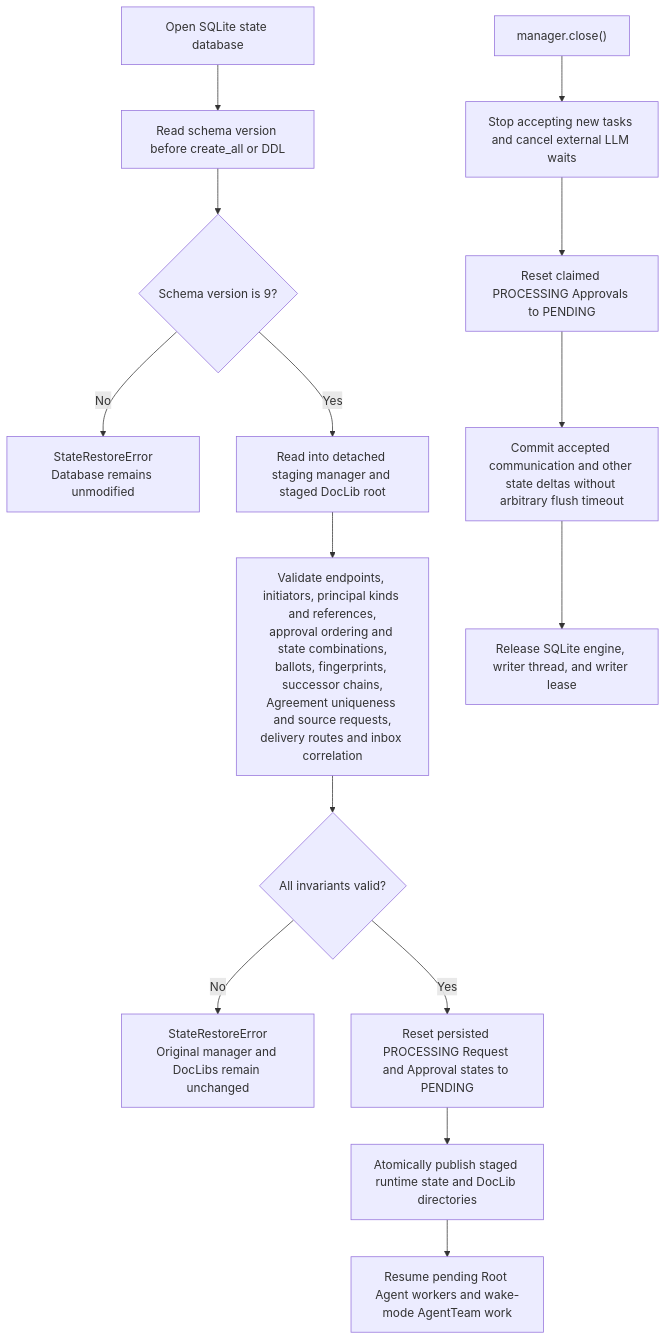
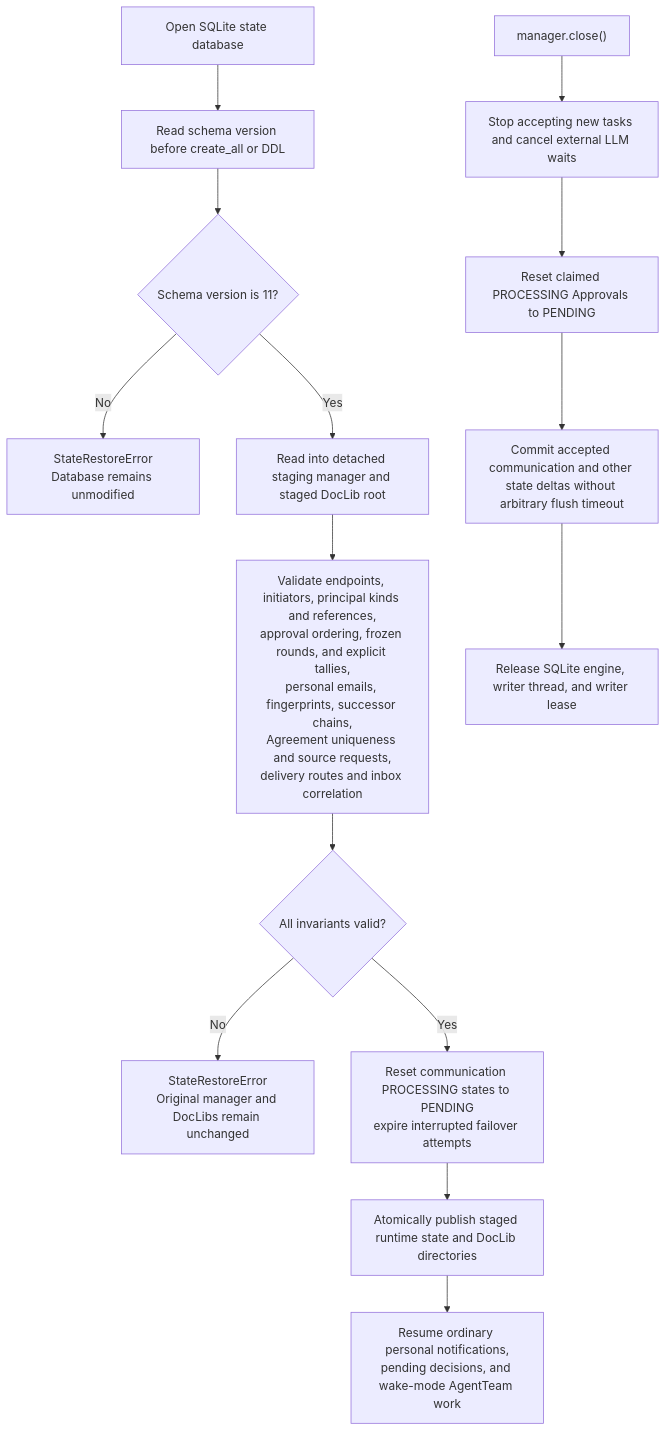
One commit to AI-Team-Team/AI-Team-Team changed diagram 13 of 13 in docs/flowcharts/Autonomous_Communication_Governance.md. Above: the diagram before and after it, drawn with Mermaid. The commit also changed other lines of this file and 82 other files, not shown here.

First line of the commit message:
feat(governance): route ballots through personal agent inboxes

````diff
--- a/docs/flowcharts/Autonomous_Communication_Governance.md
+++ b/docs/flowcharts/Autonomous_Communication_Governance.md
@@ -377,18 +406,18 @@
 ```mermaid
 flowchart TD
     Open["Open SQLite state database"] --> Preflight["Read schema version before create_all or DDL"]
-    Preflight --> Version{"Schema version is 9?"}
+    Preflight --> Version{"Schema version is 11?"}
     Version -- "No" --> Reject["StateRestoreError<br/>Database remains unmodified"]
     Version -- "Yes" --> Stage["Read into detached staging manager and staged DocLib root"]
-    Stage --> Validate["Validate endpoints, initiators, principal kinds and references,<br/>approval ordering and state combinations,<br/>ballots, fingerprints, successor chains,<br/>Agreement uniqueness and source requests,<br/>delivery routes and inbox correlation"]
+    Stage --> Validate["Validate endpoints, initiators, principal kinds and references,<br/>approval ordering, frozen rounds, and explicit tallies,<br/>personal emails, fingerprints, successor chains,<br/>Agreement uniqueness and source requests,<br/>delivery routes and inbox correlation"]
     Validate --> Valid{"All invariants valid?"}
     Valid -- "No" --> Preserve["StateRestoreError<br/>Original manager and DocLibs remain unchanged"]
-    Valid -- "Yes" --> Reset["Reset persisted PROCESSING Request and Approval states to PENDING"]
+    Valid -- "Yes" --> Reset["Reset communication PROCESSING states to PENDING<br/>expire interrupted failover attempts"]
     Reset --> Publish["Atomically publish staged runtime state and DocLib directories"]
-    Publish --> Resume["Resume pending Root Agent workers and wake-mode AgentTeam work"]
+    Publish --> Resume["Resume ordinary personal notifications,<br/>pending decisions, and wake-mode AgentTeam work"]
 
     Shutdown["manager.close()"] --> Stop["Stop accepting new tasks and cancel external LLM waits"]
     Stop --> Release["Reset claimed PROCESSING Approvals to PENDING"]
     Release --> Flush["Commit accepted communication and other state deltas without arbitrary flush timeout"]
     Flush --> Close["Release SQLite engine, writer thread, and writer lease"]
 ```
````
